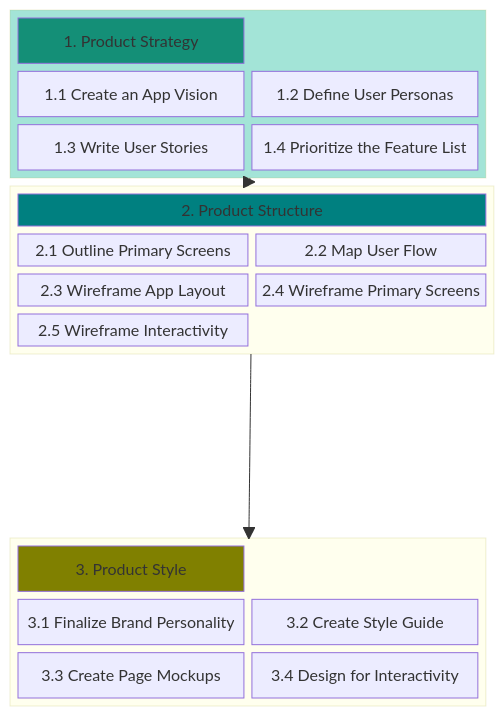
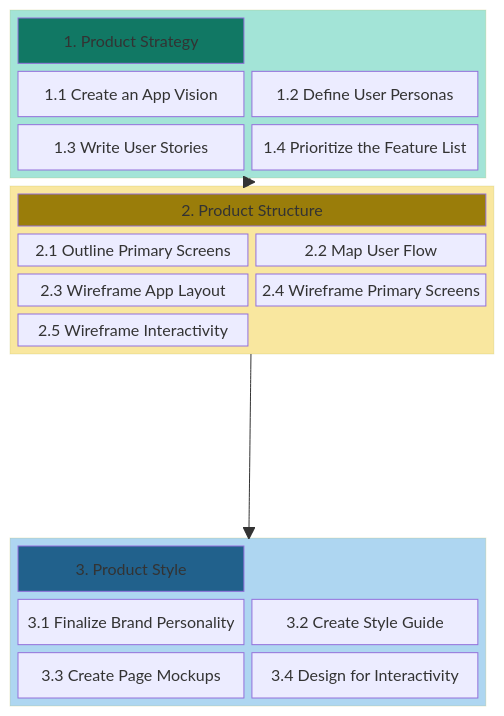
Before and after one commit to chingu-voyages/Handbook: the diagram in docs/resources/techresources/uiux.md, drawn with Mermaid.

Commit message:
Feature: Add UI/UX workflow process template

````diff
--- a/docs/resources/techresources/uiux.md
+++ b/docs/resources/techresources/uiux.md
@@ -15,36 +15,38 @@
 ```mermaid
 block-beta
 columns 1
   block:STRATEGY
     columns 2
     A["1. Product Strategy"]:2
     B["1.1 Create an App Vision"]
     C["1.2 Define User Personas"]
     D["1.3 Write User Stories"]
     E["1.4 Prioritize the Feature List"]
   end
   block:STRUCTURE
     columns 2
     G["2. Product Structure"]:2
     H["2.1 Outline Primary Screens"]
     I["2.2 Map User Flow"]
     J["2.3 Wireframe App Layout"]
     K["2.4 Wireframe Primary Screens"]
     L["2.5 Wireframe Interactivity"]
   end
   STRATEGY --> STRUCTURE
   space
   block:STYLE
     columns 2
     M["3. Product Style"]:2
     N["3.1 Finalize Brand Personality"]
     O["3.2 Create Style Guide"]
     P["3.3 Create Page Mockups"]
     Q["3.4 Design for Interactivity"]
   end
   STRUCTURE --> STYLE
-  style A fill:#148f77
-  style G fill:#008080
-  style M fill:#808000
+  style A fill:#117864
+  style G fill:#9a7d0a
+  style M fill:#21618c
   style STRATEGY fill:#a3e4d7
+  style STRUCTURE fill:#f9e79f
+  style STYLE fill:#aed6f1
 ```
````
